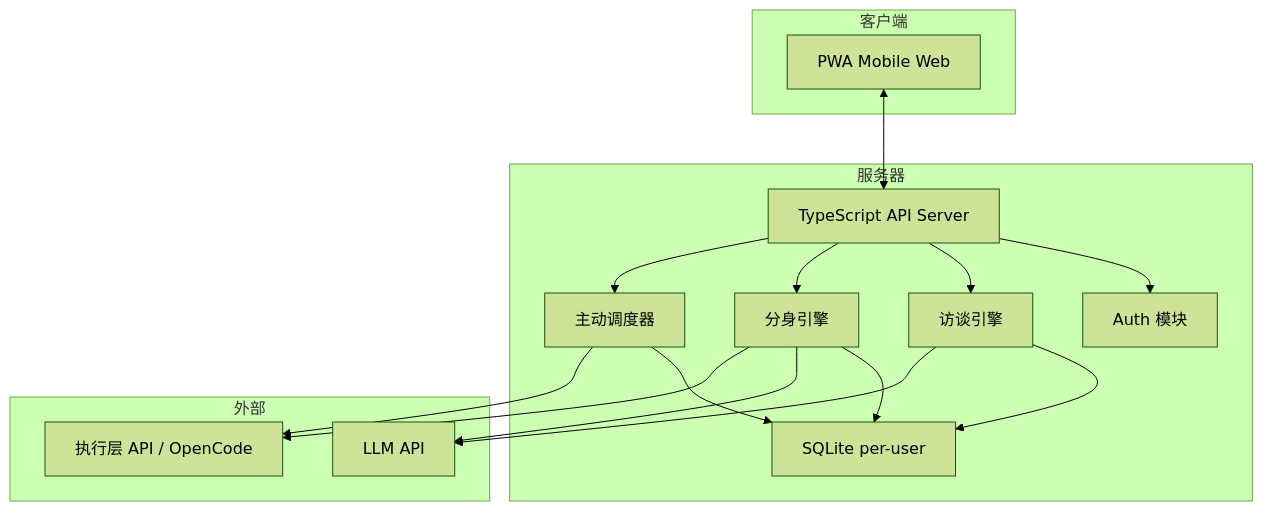
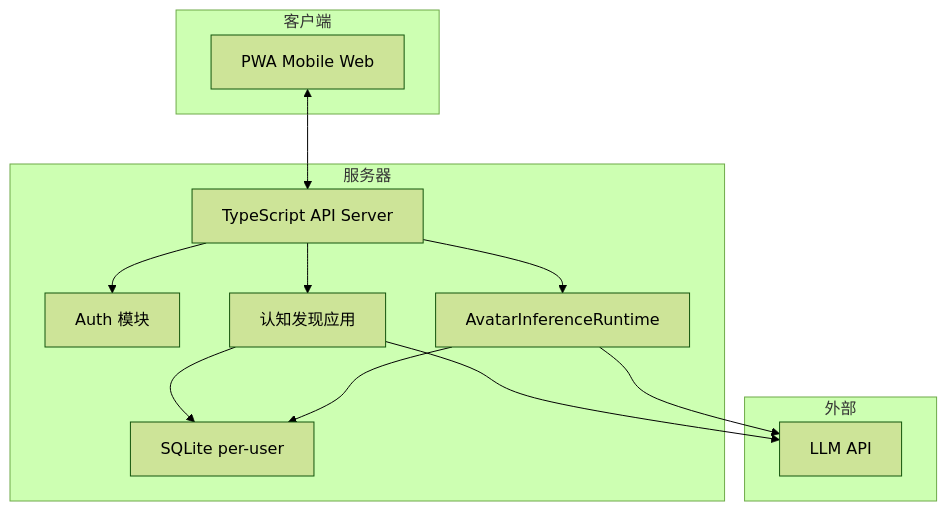
The third of 3 diagrams in README.md (zccz14/ReMi), drawn with Mermaid (forest theme) before and after one commit. The commit also changed other lines of this file and 3 other files, not shown here.

````diff
--- a/README.md
+++ b/README.md
@@ -171,30 +124,24 @@
 ```mermaid
 graph TB
     subgraph 客户端
         A[PWA Mobile Web]
     end
     subgraph 服务器
         B[TypeScript API Server]
         C[Auth 模块]
-        D[访谈引擎]
-        E[分身引擎]
-        F[主动调度器]
+        D[认知发现应用]
+        E[AvatarInferenceRuntime]
         G[SQLite per-user]
     end
     subgraph 外部
         H[LLM API]
-        I[执行层 API / OpenCode]
     end
     A <--> B
     B --> C
     B --> D
     B --> E
-    B --> F
     D --> G
     E --> G
-    F --> G
     D --> H
     E --> H
-    F --> I
-    E --> I
 ```
````
